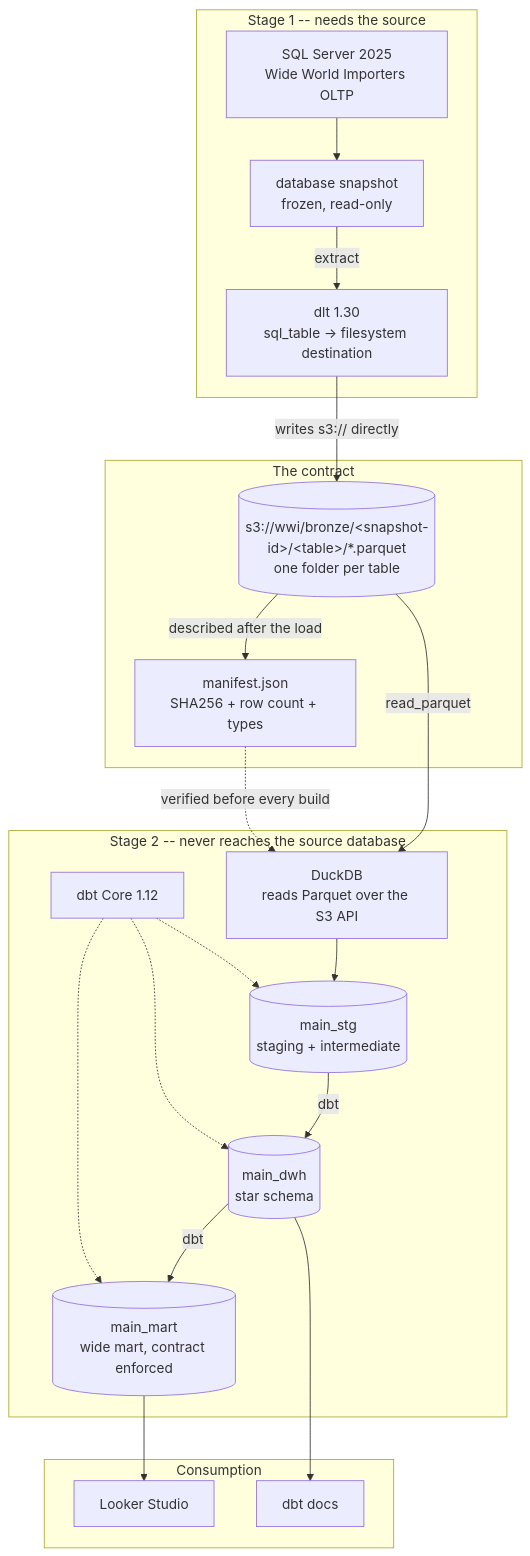
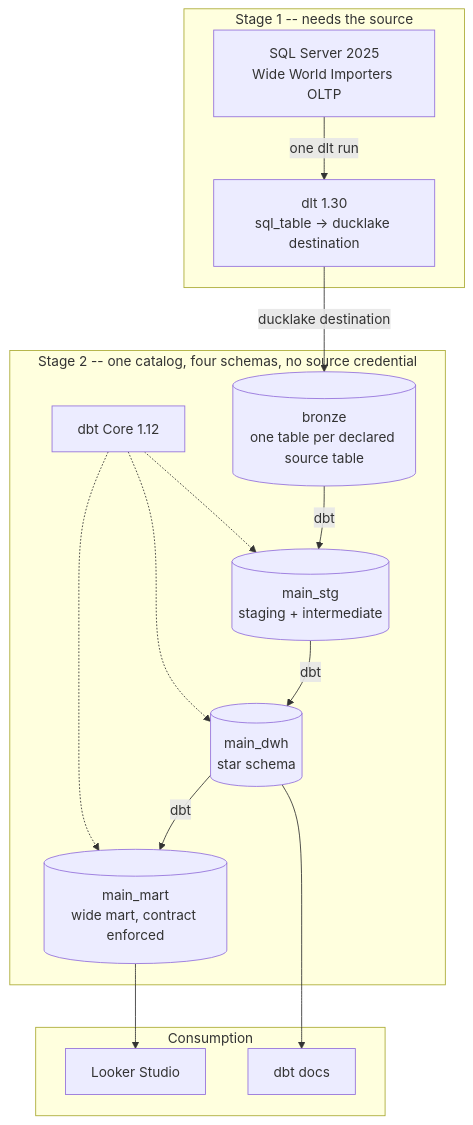
The diagram in docs/technical_design.md (plat102/pj-dw-wide-world-importers), drawn with Mermaid before and after one commit. The commit also changed other lines of this file and 7 other files, not shown here.

First line of the commit message:
📝 docs: describe bronze as a layer of the lake

````diff
--- a/docs/technical_design.md
+++ b/docs/technical_design.md
@@ -7,41 +7,31 @@
 ```mermaid
 graph TB
     subgraph Stage1["Stage 1 -- needs the source"]
         OLTP[SQL Server 2025<br/>Wide World Importers OLTP]
-        SNAP[database snapshot<br/>frozen, read-only]
-        DLT[dlt 1.30<br/>sql_table → filesystem destination]
+        DLT[dlt 1.30<br/>sql_table → ducklake destination]
     end
 
-    subgraph Boundary["The contract"]
-        PARQUET[(s3://wwi/bronze/&lt;snapshot-id&gt;/&lt;table&gt;/*.parquet<br/>one folder per table)]
-        MANIFEST[manifest.json<br/>SHA256 + row count + types]
-    end
-
-    subgraph Stage2["Stage 2 -- never reaches the source database"]
-        DUCK[DuckDB<br/>reads Parquet over the S3 API]
+    subgraph Lake["Stage 2 -- one catalog, four schemas, no source credential"]
+        BRONZE[(bronze<br/>one table per declared source table)]
         STG[(main_stg<br/>staging + intermediate)]
         DWH[(main_dwh<br/>star schema)]
         MART[(main_mart<br/>wide mart, contract enforced)]
         DBT[dbt Core 1.12]
     end
 
     subgraph Consume["Consumption"]
         BI[Looker Studio]
         DOCS[dbt docs]
     end
 
-    OLTP --> SNAP
-    SNAP -->|extract| DLT
-    DLT -->|writes s3:// directly| PARQUET
-    PARQUET -->|described after the load| MANIFEST
-    PARQUET -->|read_parquet| DUCK
-    MANIFEST -.->|verified before every build| DUCK
-    DUCK --> STG
+    OLTP -->|one dlt run| DLT
+    DLT -->|ducklake destination| BRONZE
+    BRONZE -->|dbt| STG
     STG -->|dbt| DWH
     DWH -->|dbt| MART
     DBT -.-> STG
     DBT -.-> DWH
     DBT -.-> MART
     MART --> BI
     DWH --> DOCS
 ```
````
